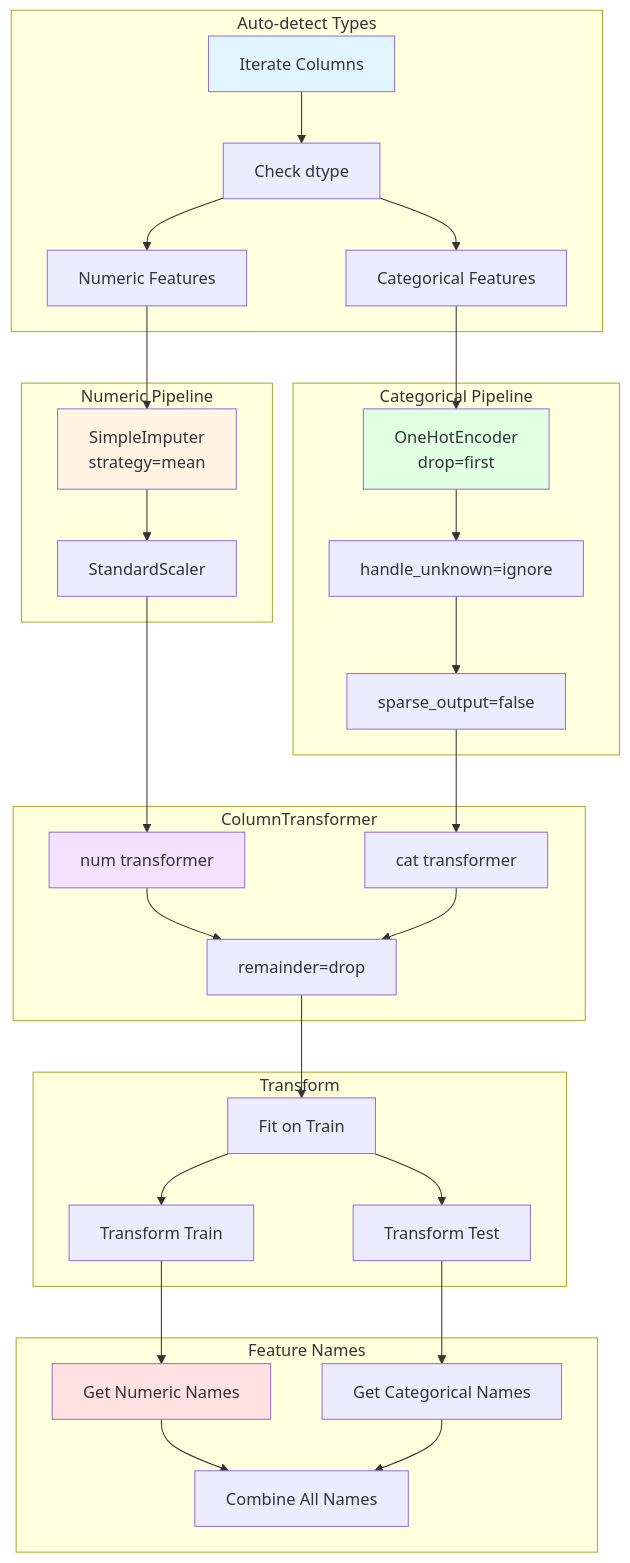
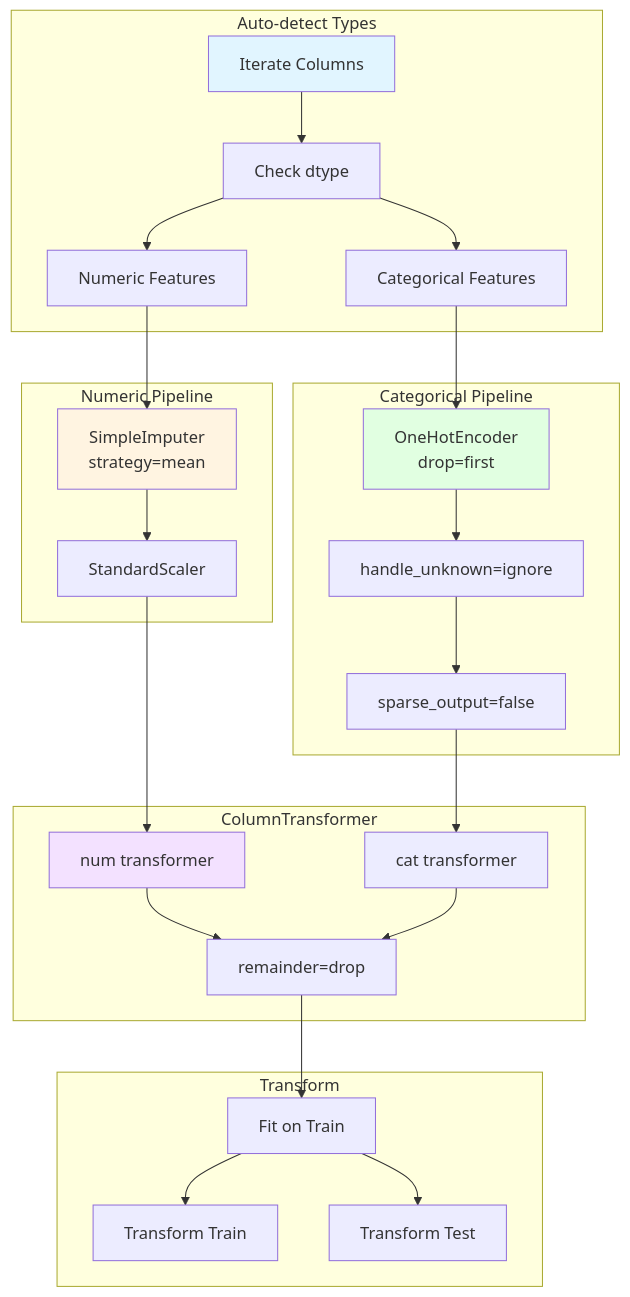
Before and after one commit to jefraudai/jefraudai: the seventh of 11 diagrams in Services/docsify/docs/pipeline.md, drawn with Mermaid. The commit also changed other lines of this file and 4 other files, not shown here.

Commit message:
Documentation - Remove duplicated schema

````diff
--- a/Services/docsify/docs/pipeline.md
+++ b/Services/docsify/docs/pipeline.md
@@ -275,64 +292,53 @@
 ```mermaid
 graph TD
     subgraph "Auto-detect Types"
         AD1[Iterate Columns]
         AD2[Check dtype]
         AD3[Numeric Features]
         AD4[Categorical Features]
     end
     
     subgraph "Numeric Pipeline"
         NP1[SimpleImputer<br/>strategy=mean]
         NP2[StandardScaler]
     end
     
     subgraph "Categorical Pipeline"
         CP1[OneHotEncoder<br/>drop=first]
         CP2[handle_unknown=ignore]
         CP3[sparse_output=false]
     end
     
     subgraph "ColumnTransformer"
         CT1[num transformer]
         CT2[cat transformer]
         CT3[remainder=drop]
     end
     
     subgraph "Transform"
         TR1[Fit on Train]
         TR2[Transform Train]
         TR3[Transform Test]
     end
     
-    subgraph "Feature Names"
-        FN1[Get Numeric Names]
-        FN2[Get Categorical Names]
-        FN3[Combine All Names]
-    end
-    
     AD1 --> AD2
     AD2 --> AD3
     AD2 --> AD4
     AD3 --> NP1
     AD4 --> CP1
     NP1 --> NP2
     CP1 --> CP2
     CP2 --> CP3
     NP2 --> CT1
     CP3 --> CT2
     CT1 --> CT3
     CT2 --> CT3
     CT3 --> TR1
     TR1 --> TR2
     TR1 --> TR3
-    TR2 --> FN1
-    TR3 --> FN2
-    FN1 --> FN3
-    FN2 --> FN3
     
     style AD1 fill:#e1f5ff
     style NP1 fill:#fff4e1
     style CP1 fill:#e1ffe1
     style CT1 fill:#f3e1ff
-    style FN1 fill:#ffe1e1
 ```
````
